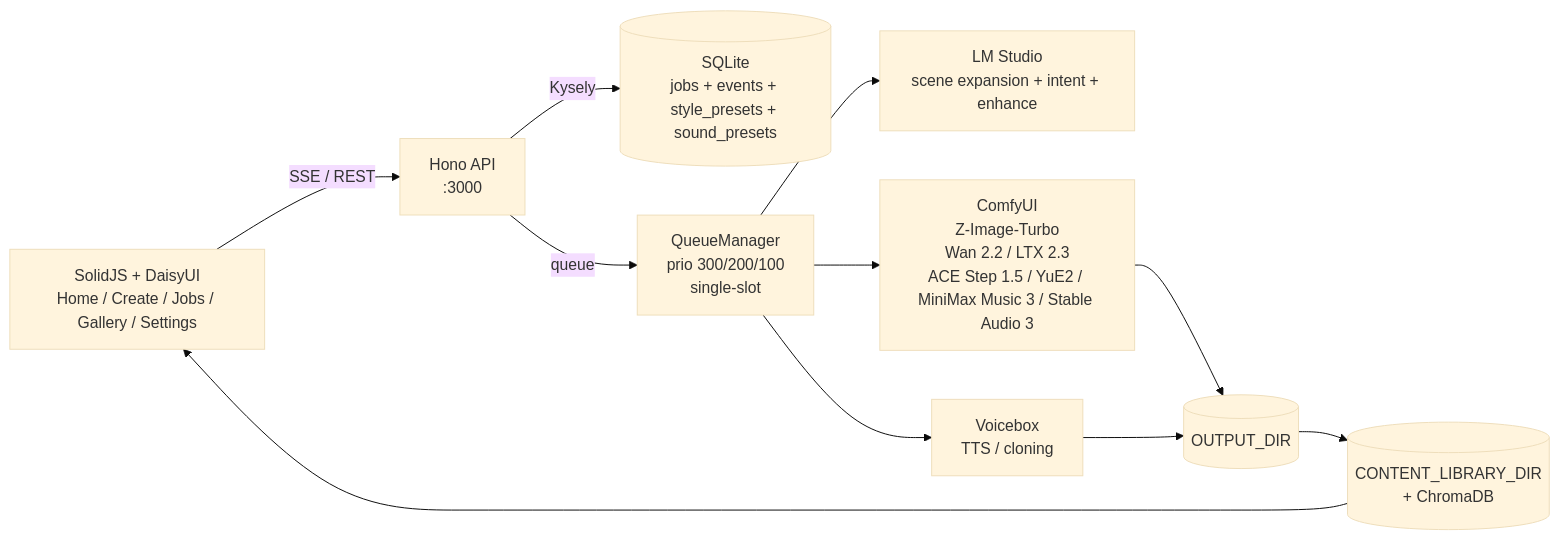
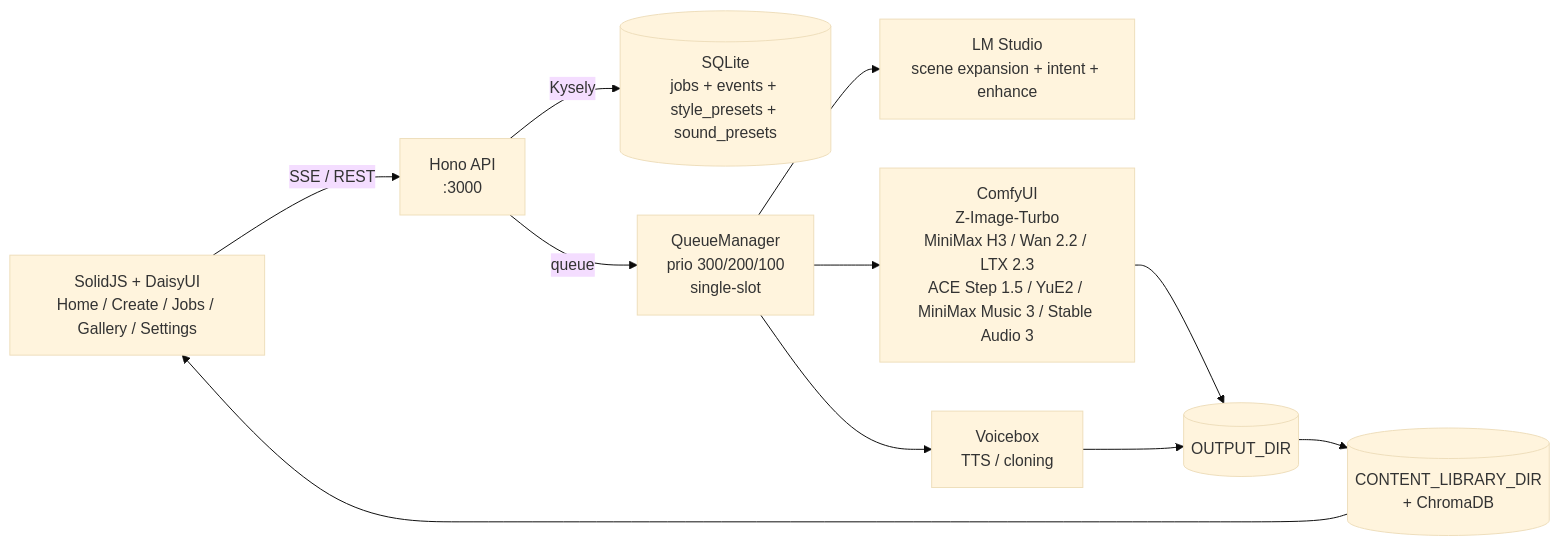
Before and after one commit to pelenloth/silicon-seeds: the diagram in README.md, drawn with Mermaid (base theme). The commit also changed other lines of this file, not shown here.

First line of the commit message:
docs(readme): document MiniMax H3 video and stereo audio integration (#95)

````diff
--- a/README.md
+++ b/README.md
@@ -220,13 +223,13 @@
 ```mermaid
 flowchart LR
   UI[SolidJS + DaisyUI<br/>Home / Create / Jobs / Gallery / Settings] -- SSE / REST --> API[Hono API<br/>:3000]
   API -- Kysely --> DB[(SQLite<br/>jobs + events + style_presets + sound_presets)]
   API -- queue --> Q[QueueManager<br/>prio 300/200/100<br/>single-slot]
   Q --> LLM[LM Studio<br/>scene expansion + intent + enhance]
-  Q --> COMFY[ComfyUI<br/>Z-Image-Turbo<br/>Wan 2.2 / LTX 2.3<br/>ACE Step 1.5 / YuE2 / MiniMax Music 3 / Stable Audio 3]
+  Q --> COMFY[ComfyUI<br/>Z-Image-Turbo<br/>MiniMax H3 / Wan 2.2 / LTX 2.3<br/>ACE Step 1.5 / YuE2 / MiniMax Music 3 / Stable Audio 3]
   Q --> TTS[Voicebox<br/>TTS / cloning]
   COMFY --> OUT[(OUTPUT_DIR)]
   TTS --> OUT
   OUT --> LIB[(CONTENT_LIBRARY_DIR<br/>+ ChromaDB)]
   LIB --> UI
 ```
````
